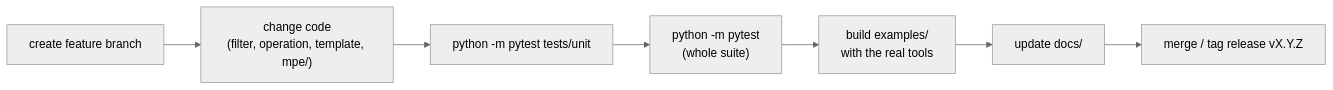
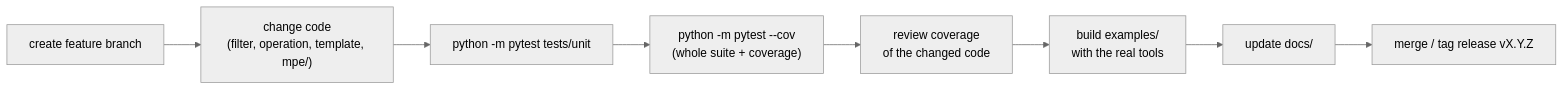
The first of 2 diagrams in docs/dev-process.md (dgerod/tnp), drawn with Mermaid (neutral theme) before and after one commit. The commit also changed other lines of this file and 4 other files, not shown here.

````diff
--- a/docs/dev-process.md
+++ b/docs/dev-process.md
@@ -154,9 +160,10 @@
 ```mermaid
 flowchart LR
     B["create feature branch"] --> C["change code<br/>(filter, operation, template, mpe/)"]
     C --> U["python -m pytest tests/unit"]
-    U --> A["python -m pytest<br/>(whole suite)"]
-    A --> E["build examples/<br/>with the real tools"]
+    U --> A["python -m pytest --cov<br/>(whole suite + coverage)"]
+    A --> V["review coverage<br/>of the changed code"]
+    V --> E["build examples/<br/>with the real tools"]
     E --> D["update docs/"]
     D --> R["merge / tag release vX.Y.Z"]
 ```
````
